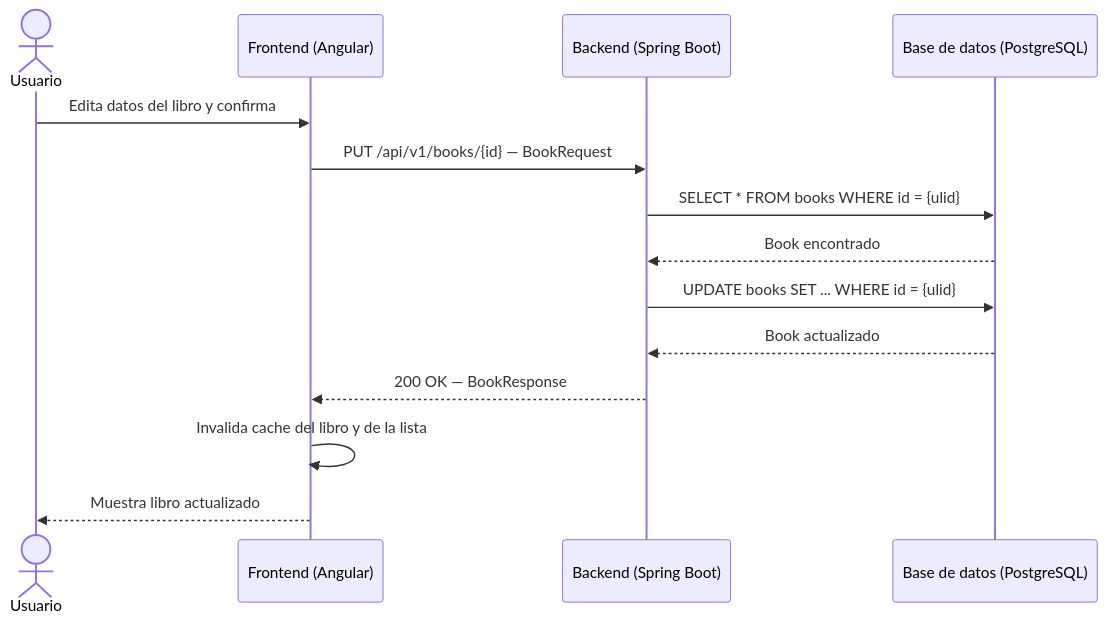
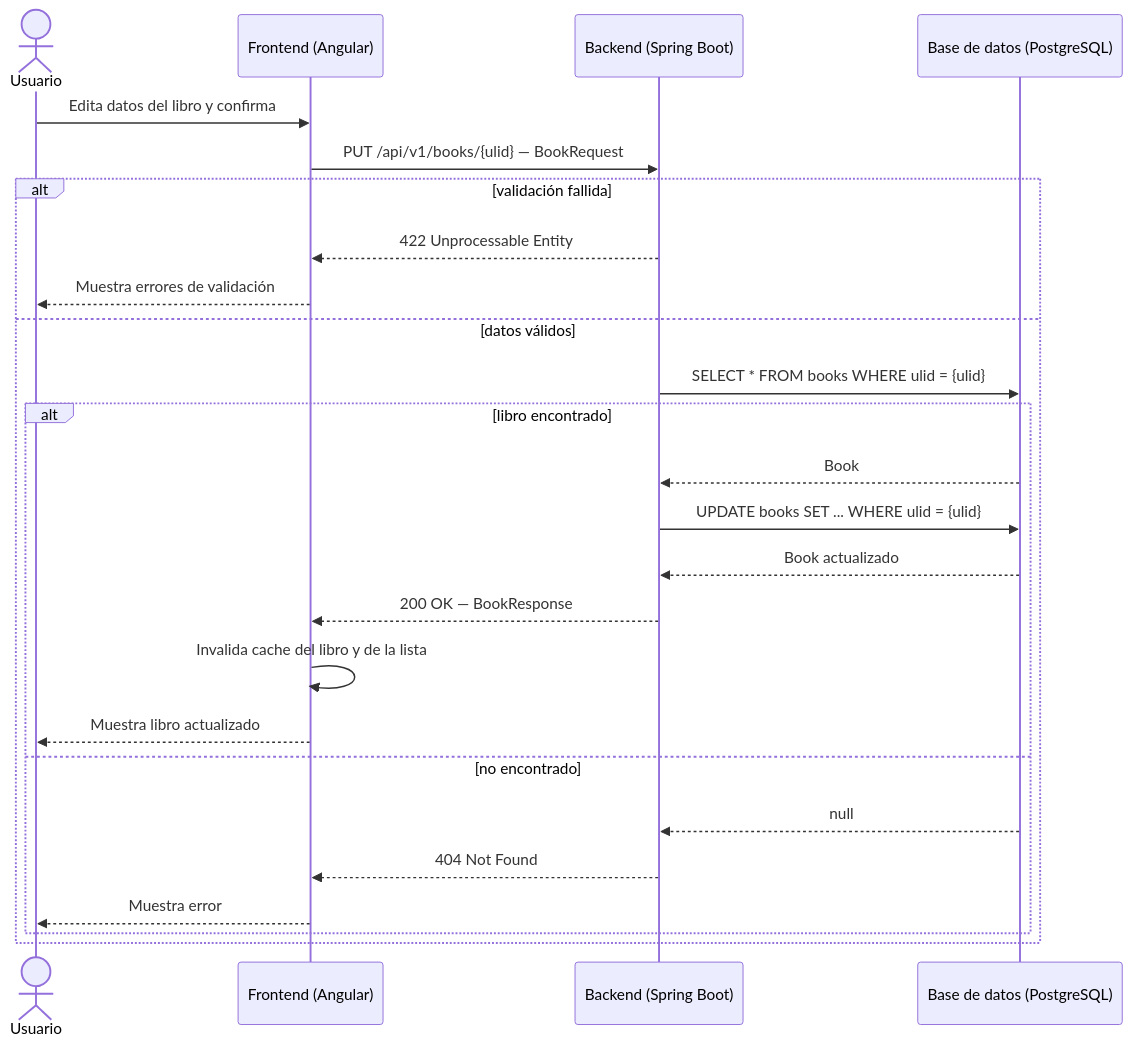
One commit to pakodiazdev/atreyu-library changed the third of 5 diagrams in docs/diagrams/sequence-diagrams.md. Above: the diagram before and after it, drawn with Mermaid. The commit also changed other lines of this file, not shown here.

First line of the commit message:
🐛 [#060] - Corregir inconsistencias en diagramas de secuencia UML 🐛

````diff
--- a/docs/diagrams/sequence-diagrams.md
+++ b/docs/diagrams/sequence-diagrams.md
@@ -47,17 +53,28 @@
 ```mermaid
 sequenceDiagram
     actor Usuario
     participant FE as Frontend (Angular)
     participant BE as Backend (Spring Boot)
     participant DB as Base de datos (PostgreSQL)
 
     Usuario->>FE: Edita datos del libro y confirma
-    FE->>BE: PUT /api/v1/books/{id} — BookRequest
-    BE->>DB: SELECT * FROM books WHERE id = {ulid}
-    DB-->>BE: Book encontrado
-    BE->>DB: UPDATE books SET ... WHERE id = {ulid}
-    DB-->>BE: Book actualizado
-    BE-->>FE: 200 OK — BookResponse
-    FE->>FE: Invalida cache del libro y de la lista
-    FE-->>Usuario: Muestra libro actualizado
+    FE->>BE: PUT /api/v1/books/{ulid} — BookRequest
+    alt validación fallida
+        BE-->>FE: 422 Unprocessable Entity
+        FE-->>Usuario: Muestra errores de validación
+    else datos válidos
+        BE->>DB: SELECT * FROM books WHERE ulid = {ulid}
+        alt libro encontrado
+            DB-->>BE: Book
+            BE->>DB: UPDATE books SET ... WHERE ulid = {ulid}
+            DB-->>BE: Book actualizado
+            BE-->>FE: 200 OK — BookResponse
+            FE->>FE: Invalida cache del libro y de la lista
+            FE-->>Usuario: Muestra libro actualizado
+        else no encontrado
+            DB-->>BE: null
+            BE-->>FE: 404 Not Found
+            FE-->>Usuario: Muestra error
+        end
+    end
 ```
````
